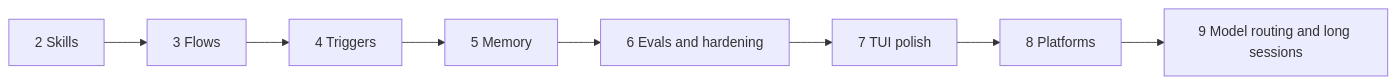
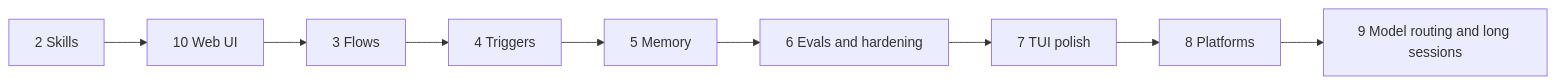
One commit to MilanPavel/golem changed the first of 4 diagrams in docs/plan.md. Above: the diagram before and after it, drawn with Mermaid. The commit also changed other lines of this file and 1 other file, not shown here.

Commit message:
docs(plan): Phase 10, the web UI, after skills

````diff
--- a/docs/plan.md
+++ b/docs/plan.md
@@ -26,4 +27,4 @@
 ```mermaid
 flowchart LR
-  p2[2 Skills] --> p3[3 Flows] --> p4[4 Triggers] --> p5[5 Memory] --> p6[6 Evals and hardening] --> p7[7 TUI polish] --> p8[8 Platforms] --> p9[9 Model routing and long sessions]
+  p2[2 Skills] --> p10[10 Web UI] --> p3[3 Flows] --> p4[4 Triggers] --> p5[5 Memory] --> p6[6 Evals and hardening] --> p7[7 TUI polish] --> p8[8 Platforms] --> p9[9 Model routing and long sessions]
 ```
````
